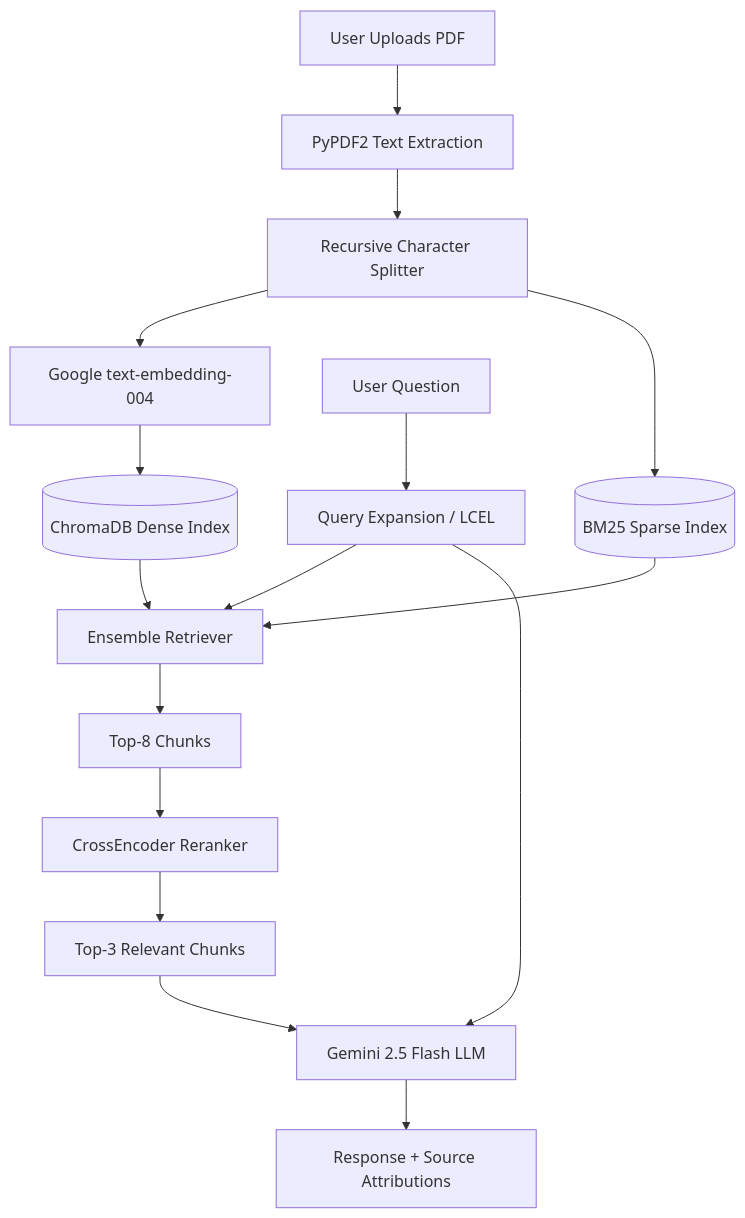
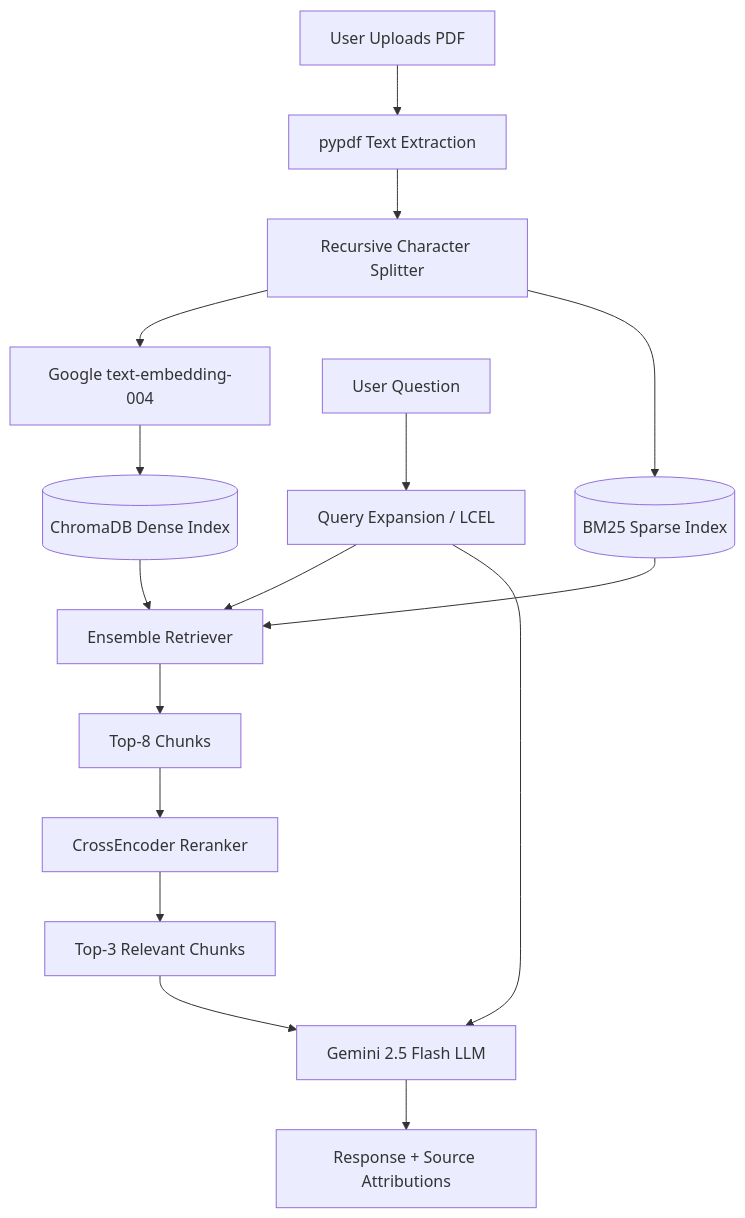
Before and after one commit to Bhushan-git20/pdf-rag-chatbot: the diagram in README.md, drawn with Mermaid. The commit also changed other lines of this file and 2 other files, not shown here.

Commit message:
docs: overhaul README and upgrade pypdf to accurately reflect codebase

````diff
--- a/README.md
+++ b/README.md
@@ -81,19 +81,19 @@
 ```mermaid
 graph TD
-    A[User Uploads PDF] --> B[PyPDF2 Text Extraction]
+    A[User Uploads PDF] --> B[pypdf Text Extraction]
     B --> C[Recursive Character Splitter]
     C --> D[Google text-embedding-004]
     D --> E[(ChromaDB Dense Index)]
     C --> BM[(BM25 Sparse Index)]
     
     F[User Question] --> QE[Query Expansion / LCEL]
     QE --> G[Ensemble Retriever]
     E --> G
     BM --> G
     G --> H[Top-8 Chunks]
     H --> CR[CrossEncoder Reranker]
     CR --> I[Top-3 Relevant Chunks]
     I --> J[Gemini 2.5 Flash LLM]
     QE --> J
     J --> K[Response + Source Attributions]
 ```
````
